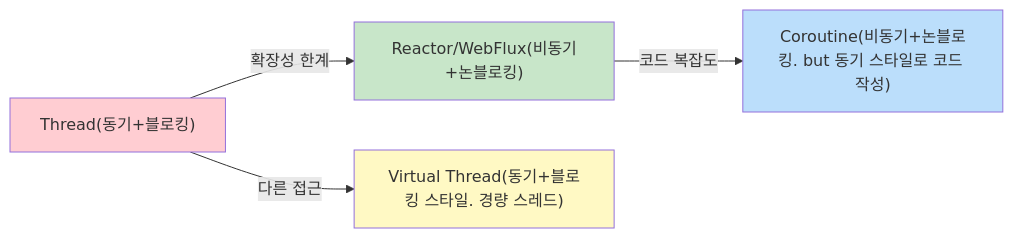
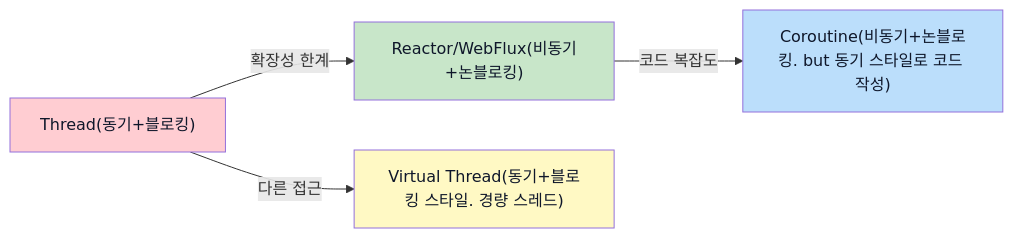
Before and after one commit to snowink1137/blog: diagram 16 of 16 in src/content/blog/jvm-concurrency-model-1-fundamentals.md, drawn with Mermaid. The commit also changed other lines of this file and 17 other files, not shown here.

First line of the commit message:
mermaid 다크모드 대비 수정 — 파스텔 배경 노드의 글자색 명시

````diff
--- a/src/content/blog/jvm-concurrency-model-1-fundamentals.md
+++ b/src/content/blog/jvm-concurrency-model-1-fundamentals.md
@@ -698,11 +698,11 @@
 ```mermaid
 graph LR
     A["Thread(동기+블로킹)"] -->|"확장성 한계"| B["Reactor/WebFlux(비동기+논블로킹)"]
     B -->|"코드 복잡도"| C["Coroutine(비동기+논블로킹. but 동기 스타일로 코드 작성)"]
     A -->|"다른 접근"| D["Virtual Thread(동기+블로킹 스타일. 경량 스레드)"]
 
-    style A fill:#ffcdd2
-    style B fill:#c8e6c9
-    style C fill:#bbdefb
-    style D fill:#fff9c4
+    style A fill:#ffcdd2,color:#0f172a
+    style B fill:#c8e6c9,color:#0f172a
+    style C fill:#bbdefb,color:#0f172a
+    style D fill:#fff9c4,color:#0f172a
 ```
````
